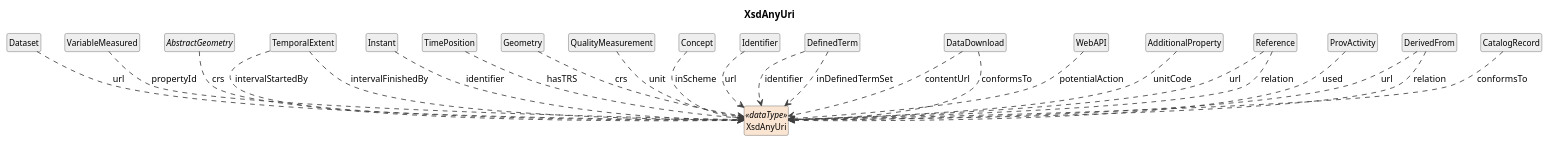
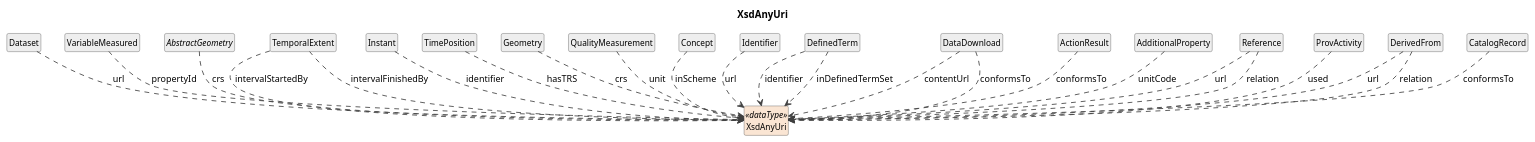
One commit to Cross-Domain-Interoperability-Framework/metadataBuildingBlocks changed the diagram in cdif-uml-model/_plantuml/cdifDiscovery/DataTypes/XsdAnyUri.pu. Above: the diagram before and after it, drawn with PlantUML. The commit also changed 145 other files, not shown here.

First line of the commit message:
Regenerate UML model browser: WebAPI Action subtree

```diff
--- a/cdif-uml-model/_plantuml/cdifDiscovery/DataTypes/XsdAnyUri.pu
+++ b/cdif-uml-model/_plantuml/cdifDiscovery/DataTypes/XsdAnyUri.pu
@@ -1,56 +1,56 @@
 @startuml
 title XsdAnyUri
 hide circle
 hide empty members
 skinparam shadowing false
 skinparam ArrowThickness 1.2
 skinparam class {
   ArrowColor #404040
   BorderColor #404040
   FontSize 12
 }
 
 class "XsdAnyUri" as XsdAnyUri <<dataType>> #FAE5D3
 class "Dataset" as Dataset #EEEEEE
 Dataset ..> XsdAnyUri : url
 class "VariableMeasured" as VariableMeasured #EEEEEE
 VariableMeasured ..> XsdAnyUri : propertyId
 abstract class "AbstractGeometry" as AbstractGeometry #EEEEEE
 AbstractGeometry ..> XsdAnyUri : crs
 class "TemporalExtent" as TemporalExtent #EEEEEE
 TemporalExtent ..> XsdAnyUri : intervalStartedBy
 TemporalExtent ..> XsdAnyUri : intervalFinishedBy
 class "Instant" as Instant #EEEEEE
 Instant ..> XsdAnyUri : identifier
 class "TimePosition" as TimePosition #EEEEEE
 TimePosition ..> XsdAnyUri : hasTRS
 class "Geometry" as Geometry #EEEEEE
 Geometry ..> XsdAnyUri : crs
 class "QualityMeasurement" as QualityMeasurement #EEEEEE
 QualityMeasurement ..> XsdAnyUri : unit
 class "Concept" as Concept #EEEEEE
 Concept ..> XsdAnyUri : inScheme
 class "Identifier" as Identifier #EEEEEE
 Identifier ..> XsdAnyUri : url
 class "DefinedTerm" as DefinedTerm #EEEEEE
 DefinedTerm ..> XsdAnyUri : identifier
 DefinedTerm ..> XsdAnyUri : inDefinedTermSet
 class "DataDownload" as DataDownload #EEEEEE
 DataDownload ..> XsdAnyUri : contentUrl
 DataDownload ..> XsdAnyUri : conformsTo
-class "WebAPI" as WebAPI #EEEEEE
-WebAPI ..> XsdAnyUri : potentialAction
+class "ActionResult" as ActionResult #EEEEEE
+ActionResult ..> XsdAnyUri : conformsTo
 class "AdditionalProperty" as AdditionalProperty #EEEEEE
 AdditionalProperty ..> XsdAnyUri : unitCode
 class "Reference" as Reference #EEEEEE
 Reference ..> XsdAnyUri : url
 Reference ..> XsdAnyUri : relation
 class "ProvActivity" as ProvActivity #EEEEEE
 ProvActivity ..> XsdAnyUri : used
 class "DerivedFrom" as DerivedFrom #EEEEEE
 DerivedFrom ..> XsdAnyUri : url
 DerivedFrom ..> XsdAnyUri : relation
 class "CatalogRecord" as CatalogRecord #EEEEEE
 CatalogRecord ..> XsdAnyUri : conformsTo
 
 @enduml
```
